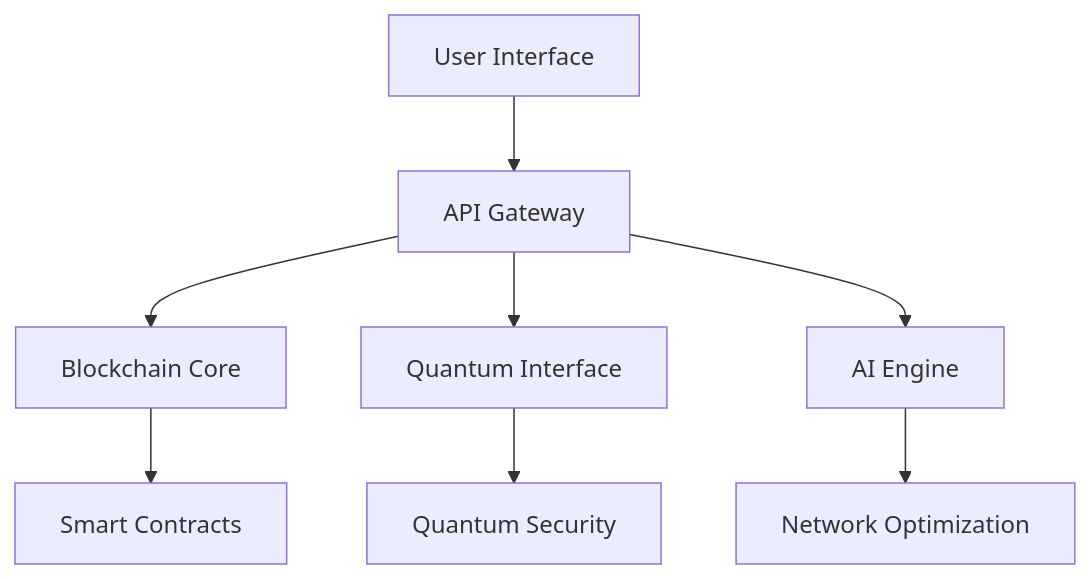
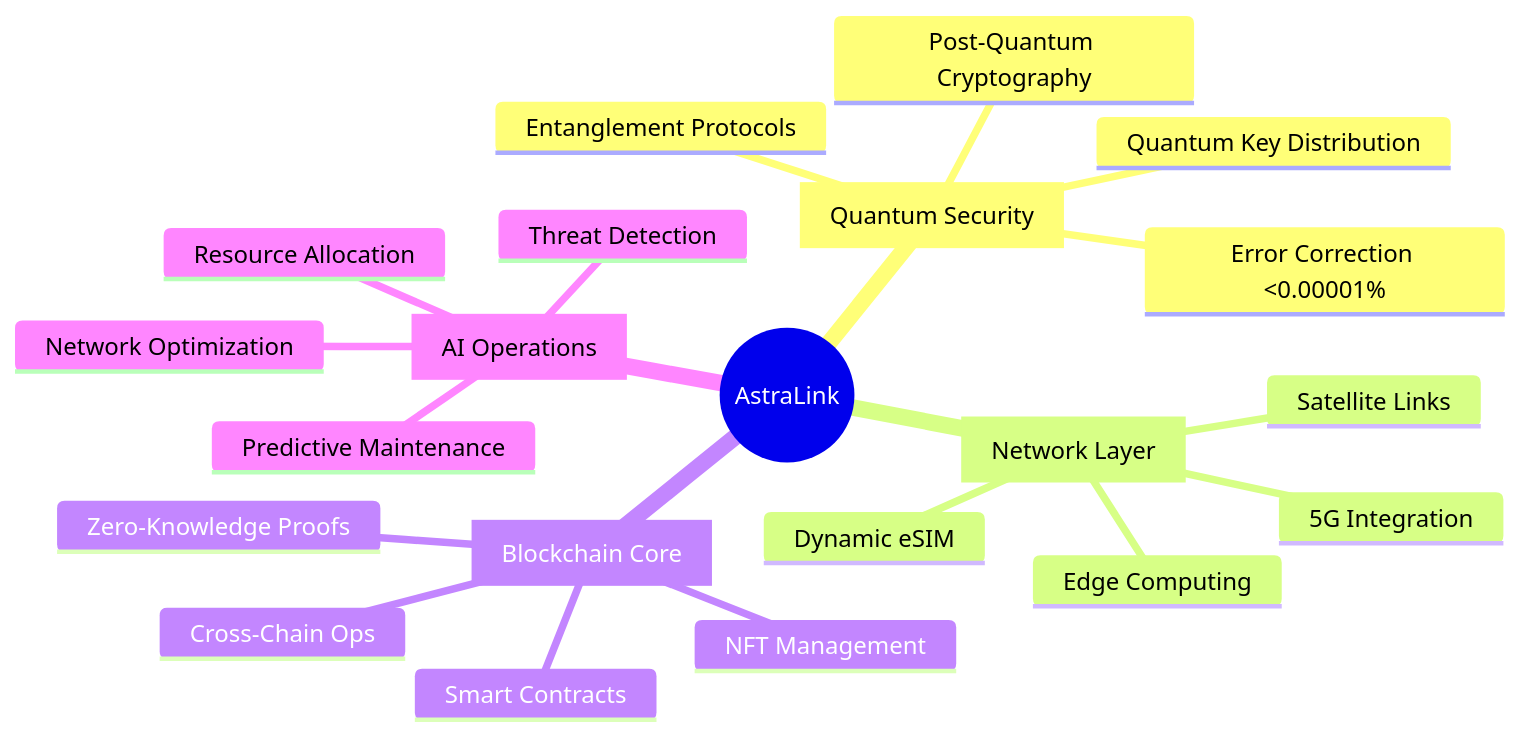
One commit to redx94/AstraLink changed the first of 2 diagrams in README.md. Above: the diagram before and after it, drawn with Mermaid. The commit also changed other lines of this file and 10 other files, not shown here.

````diff
--- a/README.md
+++ b/README.md
@@ -79,10 +12,24 @@
 ```mermaid
-graph TD
-    A[User Interface] --> B[API Gateway]
-    B --> C[Blockchain Core]
-    B --> D[Quantum Interface]
-    B --> E[AI Engine]
-    C --> F[Smart Contracts]
-    D --> G[Quantum Security]
-    E --> H[Network Optimization]
+mindmap
+  root((AstraLink))
+    [Quantum Security]
+      Post-Quantum Cryptography
+      Quantum Key Distribution
+      Error Correction <0.00001%
+      Entanglement Protocols
+    [Network Layer]
+      Dynamic eSIM
+      5G Integration
+      Edge Computing
+      Satellite Links
+    [Blockchain Core]
+      Smart Contracts
+      Cross-Chain Ops
+      NFT Management
+      Zero-Knowledge Proofs
+    [AI Operations]
+      Network Optimization
+      Predictive Maintenance
+      Threat Detection
+      Resource Allocation
 ```
````
